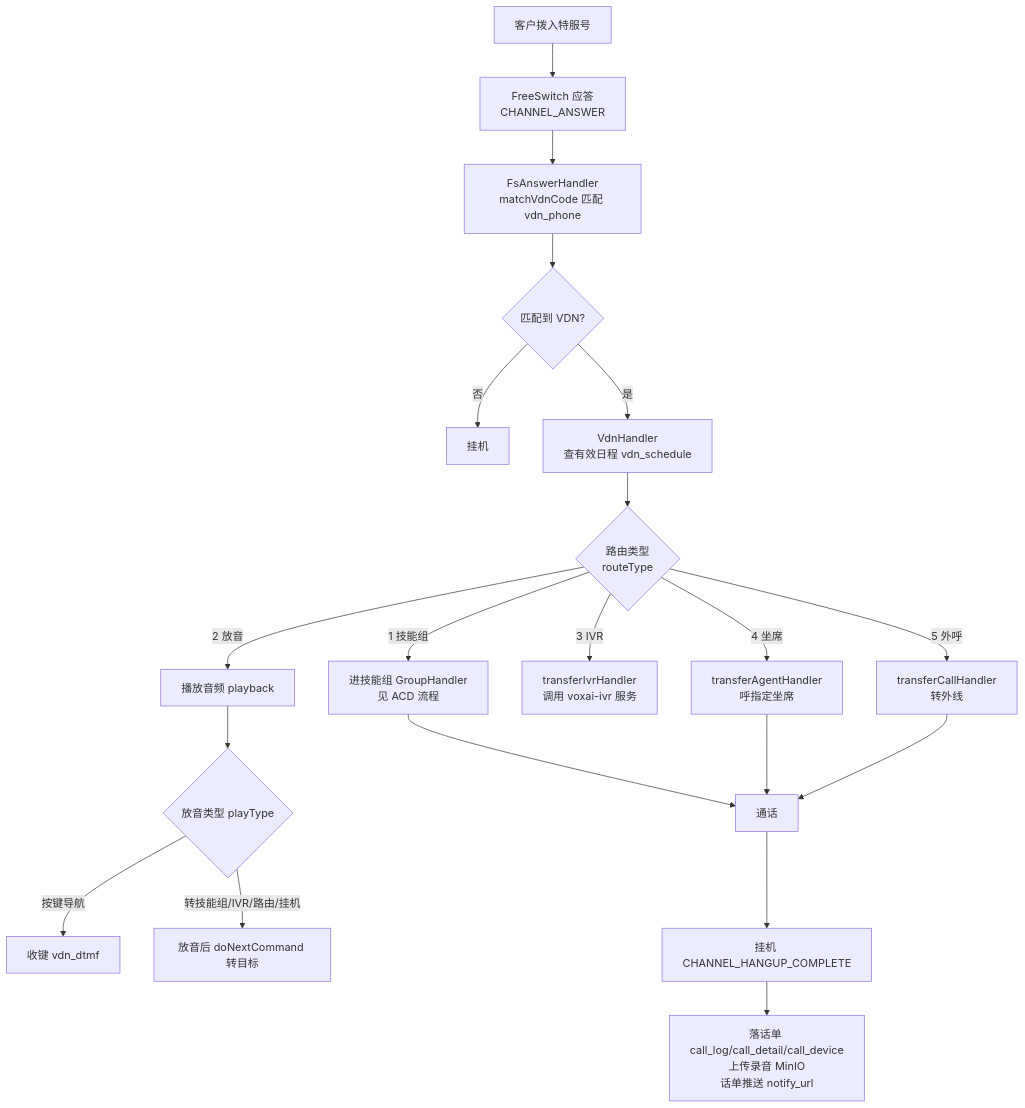
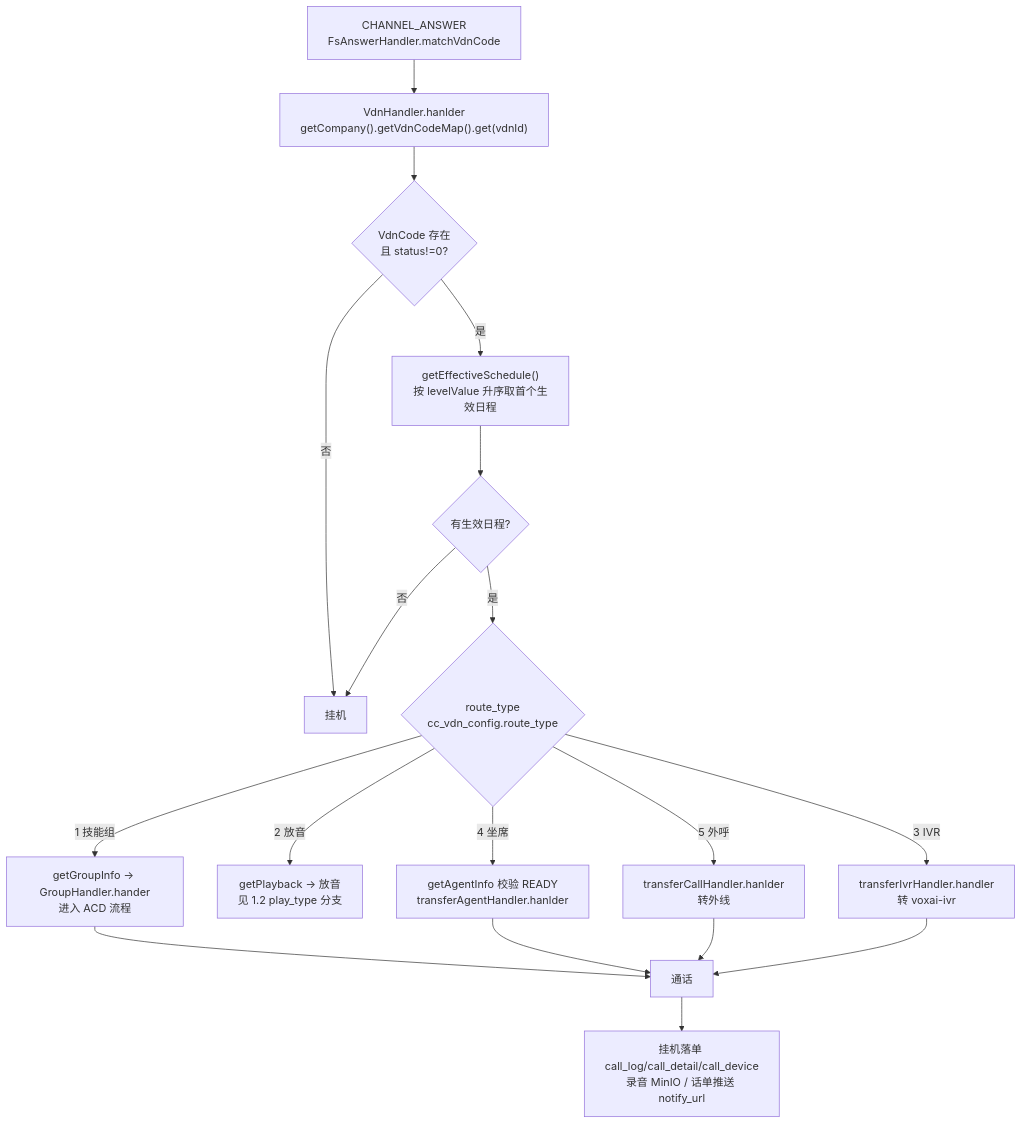
One commit to dongjb741280/ai-call-center changed the second of 9 diagrams in docs/02-业务流程.md. Above: the diagram before and after it, drawn with Mermaid. The commit also changed other lines of this file and 7 other files, not shown here.

First line of the commit message:
feat(vdn): add DTMF navigation routing and fix schedule date logic

````diff
--- a/docs/02-业务流程.md
+++ b/docs/02-业务流程.md
@@ -49,22 +52,20 @@
 ```mermaid
 flowchart TD
-    A[客户拨入特服号] --> B[FreeSwitch 应答<br/>CHANNEL_ANSWER]
-    B --> C["FsAnswerHandler<br/>matchVdnCode 匹配 vdn_phone"]
-    C --> D{"匹配到 VDN?"}
-    D -- 否 --> H1[挂机]
-    D -- 是 --> E["VdnHandler<br/>查有效日程 vdn_schedule"]
-    E --> F{"路由类型<br/>routeType"}
-    F -- "1 技能组" --> G1["进技能组 GroupHandler<br/>见 ACD 流程"]
-    F -- "2 放音" --> G2["播放音频 playback"]
-    G2 --> G2a{"放音类型 playType"}
-    G2a -- "按键导航" --> G2b["收键 vdn_dtmf"]
-    G2a -- "转技能组/IVR/路由/挂机" --> G2c["放音后 doNextCommand 转目标"]
-    F -- "3 IVR" --> G3["transferIvrHandler<br/>调用 voxai-ivr 服务"]
-    F -- "4 坐席" --> G4["transferAgentHandler<br/>呼指定坐席"]
-    F -- "5 外呼" --> G5["transferCallHandler<br/>转外线"]
+    A["CHANNEL_ANSWER<br/>FsAnswerHandler.matchVdnCode"] --> B["VdnHandler.hanlder<br/>getCompany().getVdnCodeMap().get(vdnId)"]
+    B --> C{"VdnCode 存在<br/>且 status!=0?"}
+    C -- 否 --> H[挂机]
+    C -- 是 --> D["getEffectiveSchedule()<br/>按 levelValue 升序取首个生效日程"]
+    D --> E{"有生效日程?"}
+    E -- 否 --> H
+    E -- 是 --> F{"route_type<br/>cc_vdn_config.route_type"}
+    F -- "1 技能组" --> G1["getGroupInfo → GroupHandler.hander<br/>进入 ACD 流程"]
+    F -- "2 放音" --> G2["getPlayback → 放音<br/>见 1.2 play_type 分支"]
+    F -- "3 IVR" --> G3["transferIvrHandler.handler<br/>转 voxai-ivr"]
+    F -- "4 坐席" --> G4["getAgentInfo 校验 READY<br/>transferAgentHandler.hanlder"]
+    F -- "5 外呼" --> G5["transferCallHandler.hanlder<br/>转外线"]
     G1 --> TALK[通话]
     G4 --> TALK
     G5 --> TALK
-    TALK --> H["挂机 CHANNEL_HANGUP_COMPLETE"]
-    H --> CDR["落话单 call_log/call_detail/call_device<br/>上传录音 MinIO<br/>话单推送 notify_url"]
+    G3 --> TALK
+    TALK --> CDR["挂机落单 call_log/call_detail/call_device<br/>录音 MinIO / 话单推送 notify_url"]
 ```
````
